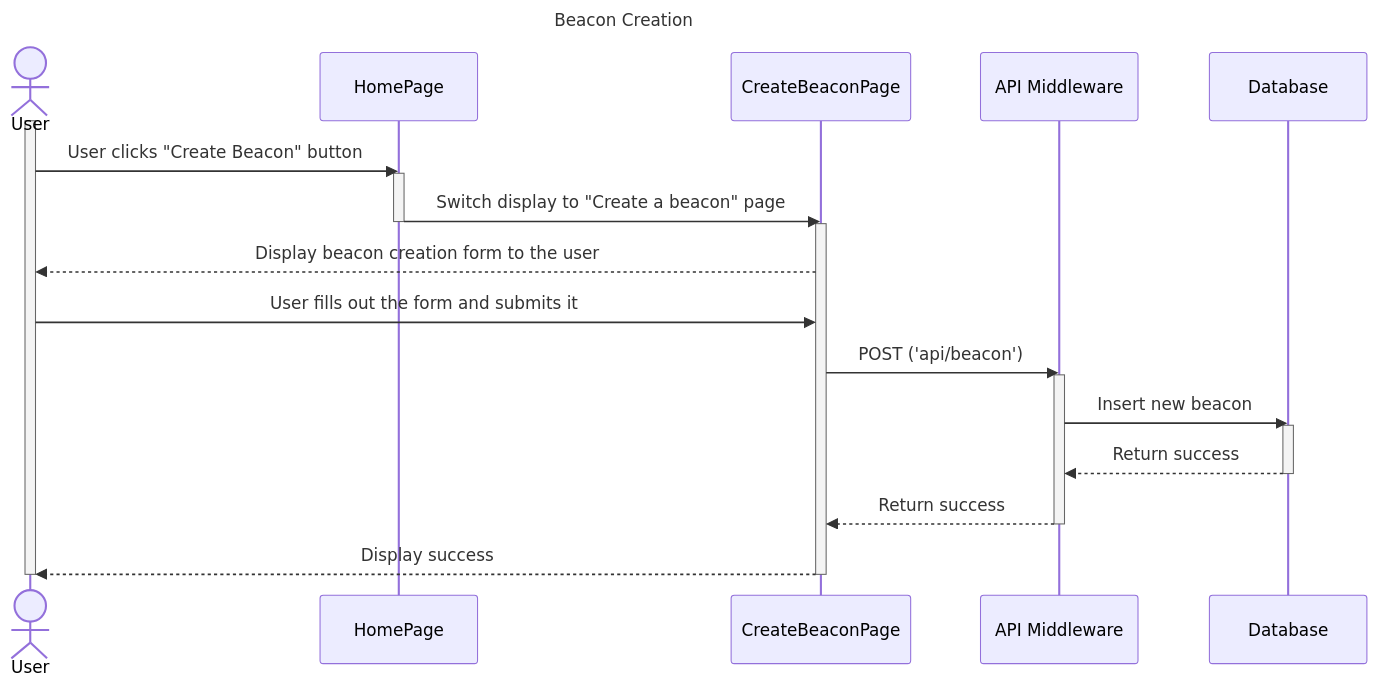
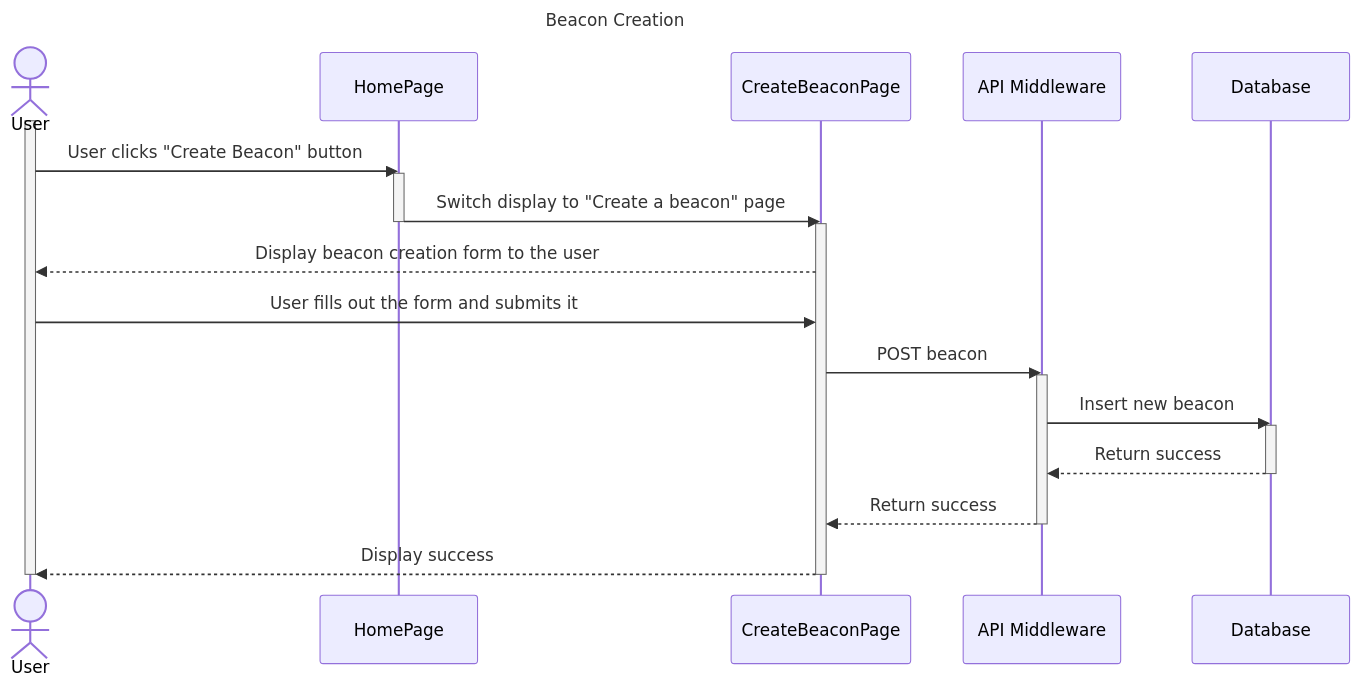
One commit to jenniferlieu/project-lomo-in-person-gaming-app changed the diagram in documentation/docs/system-architecture/sequencediagrams.md. Above: the diagram before and after it, drawn with Mermaid.

Commit message:
Update use case 3 sequence diagram

````diff
--- a/documentation/docs/system-architecture/sequencediagrams.md
+++ b/documentation/docs/system-architecture/sequencediagrams.md
@@ -9,48 +9,48 @@
 ```mermaid
 ---
 title: Beacon Creation
 ---
 sequenceDiagram
    # initialize actors and participants
    actor user as User
    participant homePage as HomePage
    participant createBeaconPage as CreateBeaconPage
    participant apiMiddleware as API Middleware
    participant database as Database
    
    # click "create beacon" button
    activate user
    user->>homePage: User clicks "Create Beacon" button
 
    # display to beacon creation page
    activate homePage
    homePage->>createBeaconPage: Switch display to "Create a beacon" page
    deactivate homePage
    
    activate createBeaconPage
    createBeaconPage-->>user: Display beacon creation form to the user
    
    # user fills out the form and submits it
    user->>createBeaconPage: User fills out the form and submits it
 
    # POST new beacon to middleware
-   createBeaconPage->>apiMiddleware: POST ('api/beacon')
+   createBeaconPage->>apiMiddleware: POST beacon
    activate apiMiddleware
    
    # insert new beacon into database
    apiMiddleware->>database: Insert new beacon
    activate database
 
    # return success
    database-->>apiMiddleware: Return success
    deactivate database
 
    apiMiddleware-->>createBeaconPage: Return success
    deactivate apiMiddleware
 
    createBeaconPage-->>user: Display success
    deactivate createBeaconPage
 
    # end
    deactivate user
 ```
````
